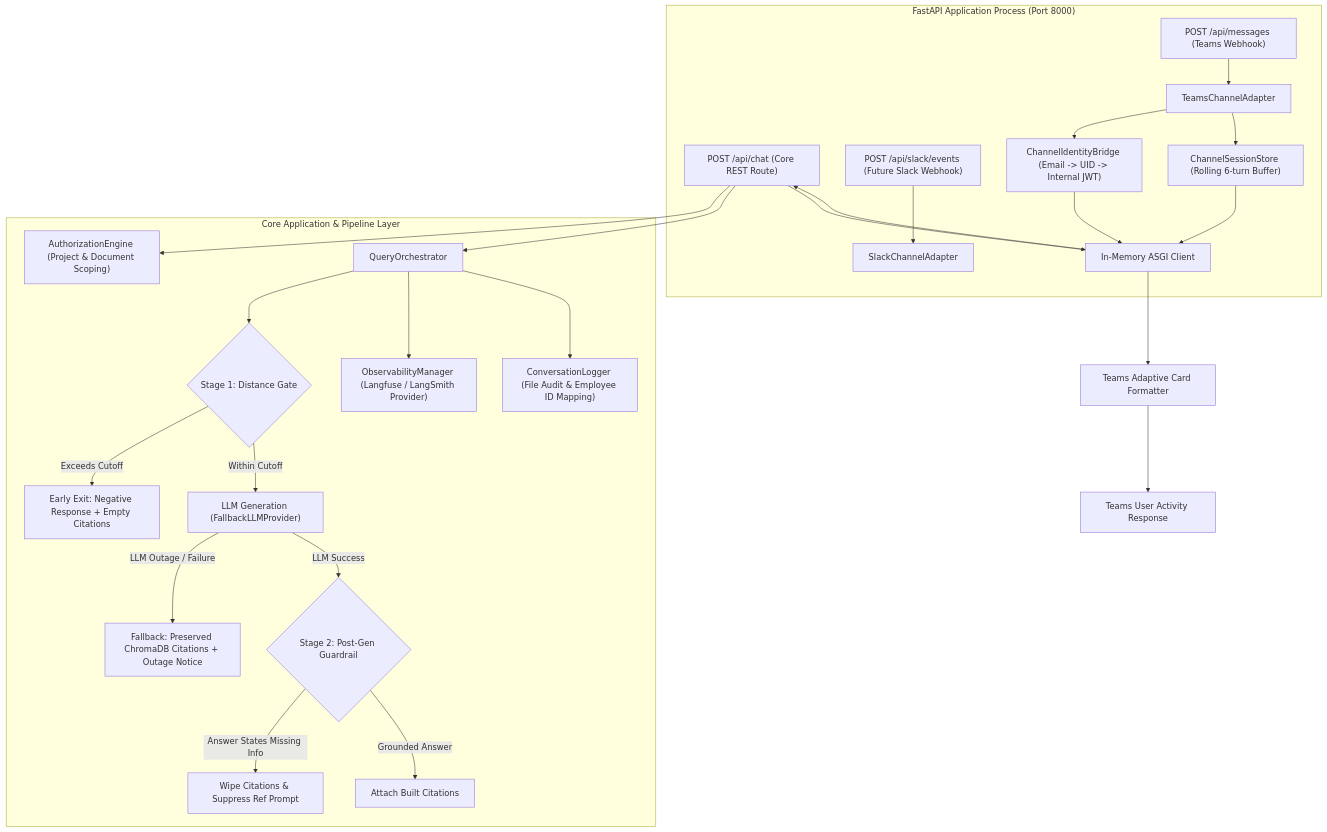
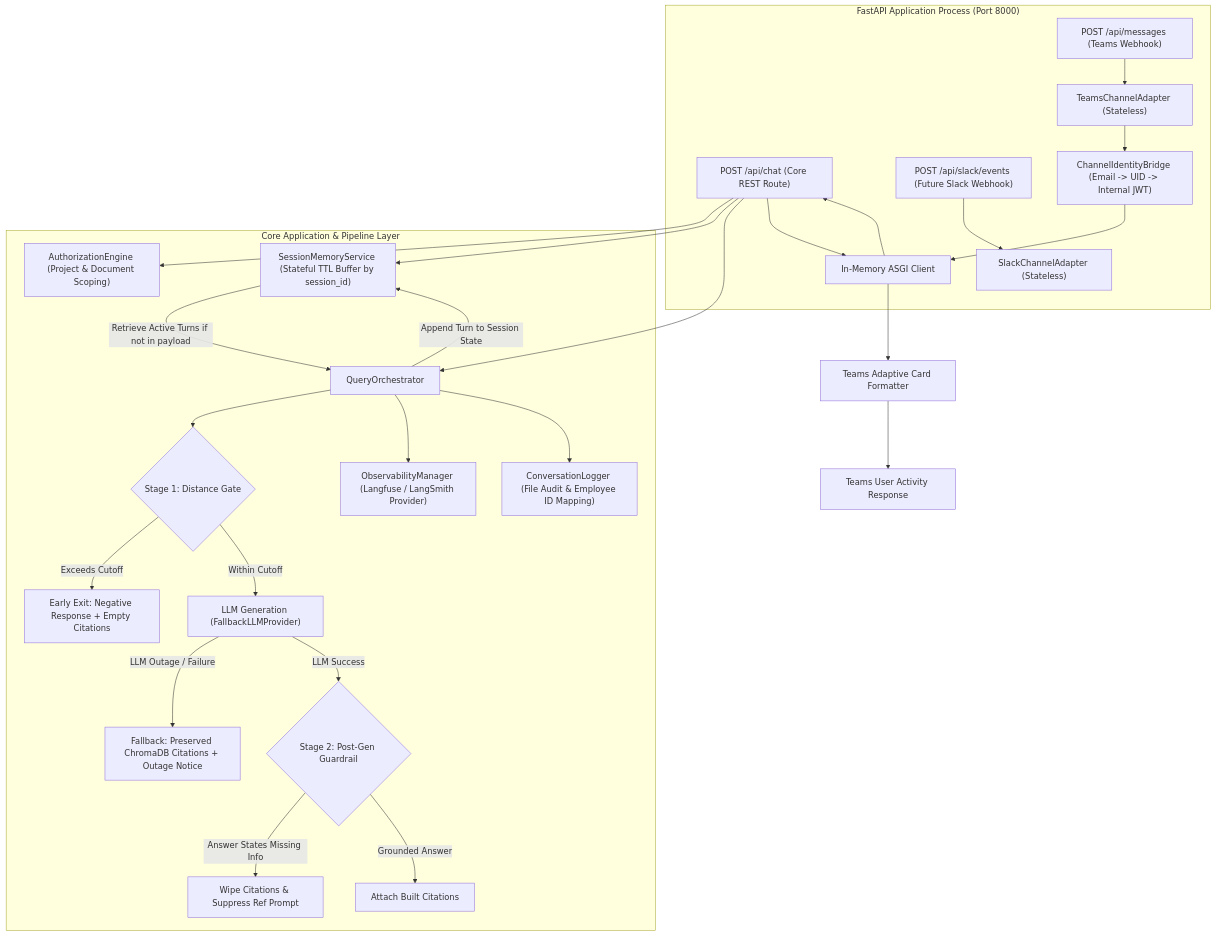
One commit to AkaashSamson/Company_Bot changed the diagram in Documentation/Plan/v3/Akaash.md. Above: the diagram before and after it, drawn with Mermaid. The commit also changed other lines of this file, not shown here.

````diff
--- a/Documentation/Plan/v3/Akaash.md
+++ b/Documentation/Plan/v3/Akaash.md
@@ -25,40 +26,40 @@
 ```mermaid
 graph TD
     subgraph S1 ["FastAPI Application Process (Port 8000)"]
         ChatRoute["POST /api/chat (Core REST Route)"]
         TeamsRoute["POST /api/messages (Teams Webhook)"]
         SlackRoute["POST /api/slack/events (Future Slack Webhook)"]
         
-        TeamsRoute --> TeamsAdapter["TeamsChannelAdapter"]
-        SlackRoute --> SlackAdapter["SlackChannelAdapter"]
+        TeamsRoute --> TeamsAdapter["TeamsChannelAdapter (Stateless)"]
+        SlackRoute --> SlackAdapter["SlackChannelAdapter (Stateless)"]
         
         TeamsAdapter --> IdentityBridge["ChannelIdentityBridge (Email -> UID -> Internal JWT)"]
-        TeamsAdapter --> SessionStore["ChannelSessionStore (Rolling 6-turn Buffer)"]
-        
         IdentityBridge --> ASGIClient["In-Memory ASGI Client"]
-        SessionStore --> ASGIClient
         ASGIClient --> ChatRoute
     end
 
     subgraph S2 ["Core Application & Pipeline Layer"]
         ChatRoute --> AuthScope["AuthorizationEngine (Project & Document Scoping)"]
+        ChatRoute --> SessionMem["SessionMemoryService (Stateful TTL Buffer by session_id)"]
         ChatRoute --> Orchestrator["QueryOrchestrator"]
         
+        SessionMem -->|Retrieve Active Turns if not in payload| Orchestrator
         Orchestrator --> DistGate{"Stage 1: Distance Gate"}
         DistGate -- Exceeds Cutoff --> EarlyNegative["Early Exit: Negative Response + Empty Citations"]
         DistGate -- Within Cutoff --> LLMGen["LLM Generation (FallbackLLMProvider)"]
         
         LLMGen -- LLM Outage / Failure --> FallbackCitations["Fallback: Preserved ChromaDB Citations + Outage Notice"]
         LLMGen -- LLM Success --> PostGuard{"Stage 2: Post-Gen Guardrail"}
         
         PostGuard -- Answer States Missing Info --> StripCitations["Wipe Citations & Suppress Ref Prompt"]
         PostGuard -- Grounded Answer --> BuildCitations["Attach Built Citations"]
         
+        Orchestrator -->|Append Turn to Session State| SessionMem
         Orchestrator --> ObsManager["ObservabilityManager (Langfuse / LangSmith Provider)"]
         Orchestrator --> AuditLog["ConversationLogger (File Audit & Employee ID Mapping)"]
     end
 
     ChatRoute --> ASGIClient
     ASGIClient --> CardFormatter["Teams Adaptive Card Formatter"]
     CardFormatter --> TeamsUser["Teams User Activity Response"]
 ```
````
